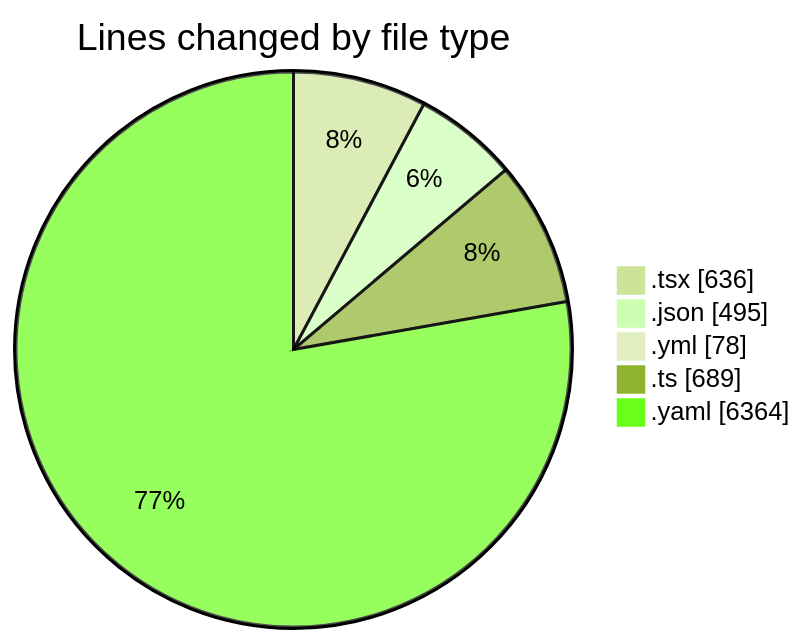
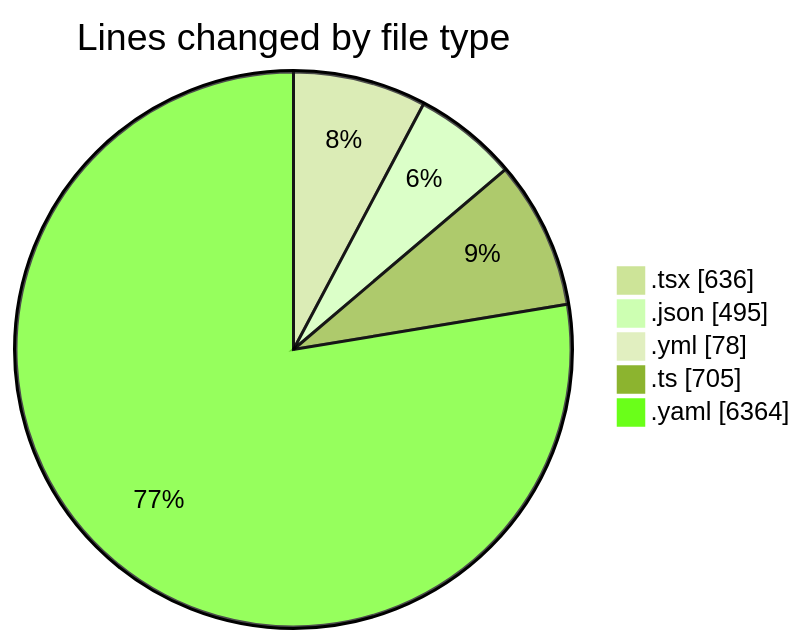
One commit to julien-gomy/code-tracking changed the first of 2 diagrams in 2025-11-27/eventscop-frontend-guide__workspace_/README.md. Above: the diagram before and after it, drawn with Mermaid (forest theme). The commit also changed other lines of this file and 1 other file, not shown here.

````diff
--- a/2025-11-27/eventscop-frontend-guide__workspace_/README.md
+++ b/2025-11-27/eventscop-frontend-guide__workspace_/README.md
@@ -41,9 +42,9 @@
 ```mermaid
 pie showData
 title Lines changed by file type
 ".tsx" : 636
 ".json" : 495
 ".yml" : 78
-".ts" : 689
+".ts" : 705
 ".yaml" : 6364
 ```
````
